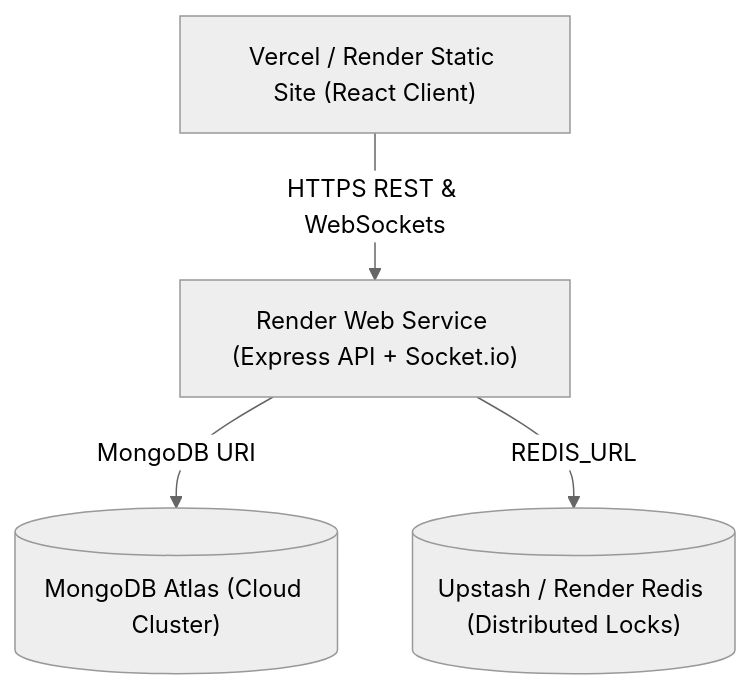
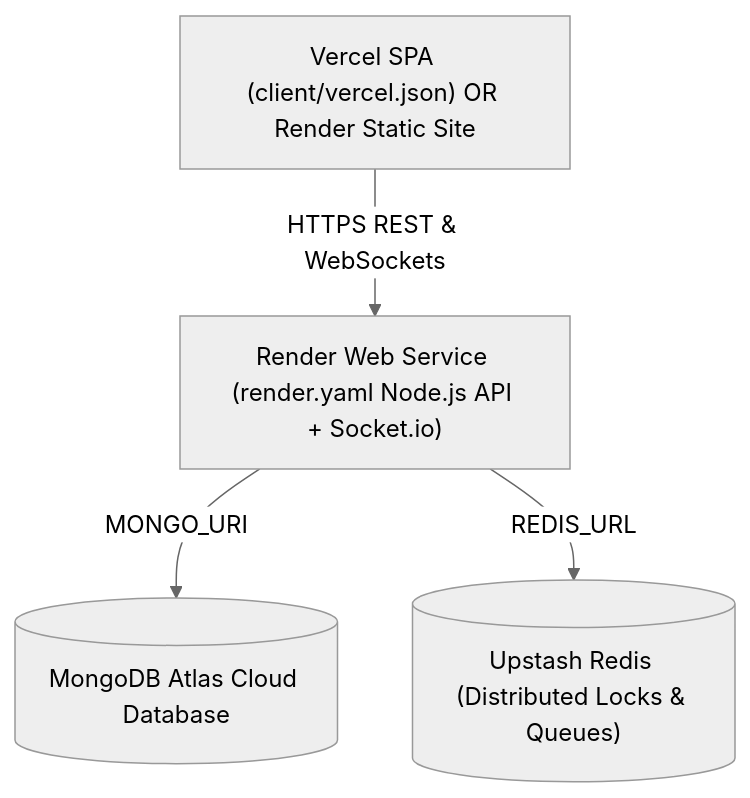
One commit to anuj-k-bit/ticket changed the diagram in DEPLOYMENT.md. Above: the diagram before and after it, drawn with Mermaid (neutral theme). The commit also changed other lines of this file and 5 other files, not shown here.

Commit message:
build(deploy): add render.yaml blueprint, client/vercel.json SPA config, and environment-driven socket/claim URL refactor

````diff
--- a/DEPLOYMENT.md
+++ b/DEPLOYMENT.md
@@ -11,6 +9,6 @@
 ```mermaid
 graph TD
-    Client["Vercel / Render Static Site (React Client)"] -->|HTTPS REST & WebSockets| Backend["Render Web Service (Express API + Socket.io)"]
-    Backend -->|MongoDB URI| MongoAtlas[("MongoDB Atlas (Cloud Cluster)")]
-    Backend -->|REDIS_URL| UpstashRedis[("Upstash / Render Redis (Distributed Locks)")]
+    Client["Vercel SPA (client/vercel.json) OR Render Static Site"] -->|HTTPS REST & WebSockets| Backend["Render Web Service (render.yaml Node.js API + Socket.io)"]
+    Backend -->|MONGO_URI| MongoAtlas[("MongoDB Atlas Cloud Database")]
+    Backend -->|REDIS_URL| UpstashRedis[("Upstash Redis (Distributed Locks & Queues)")]
 ```
````
